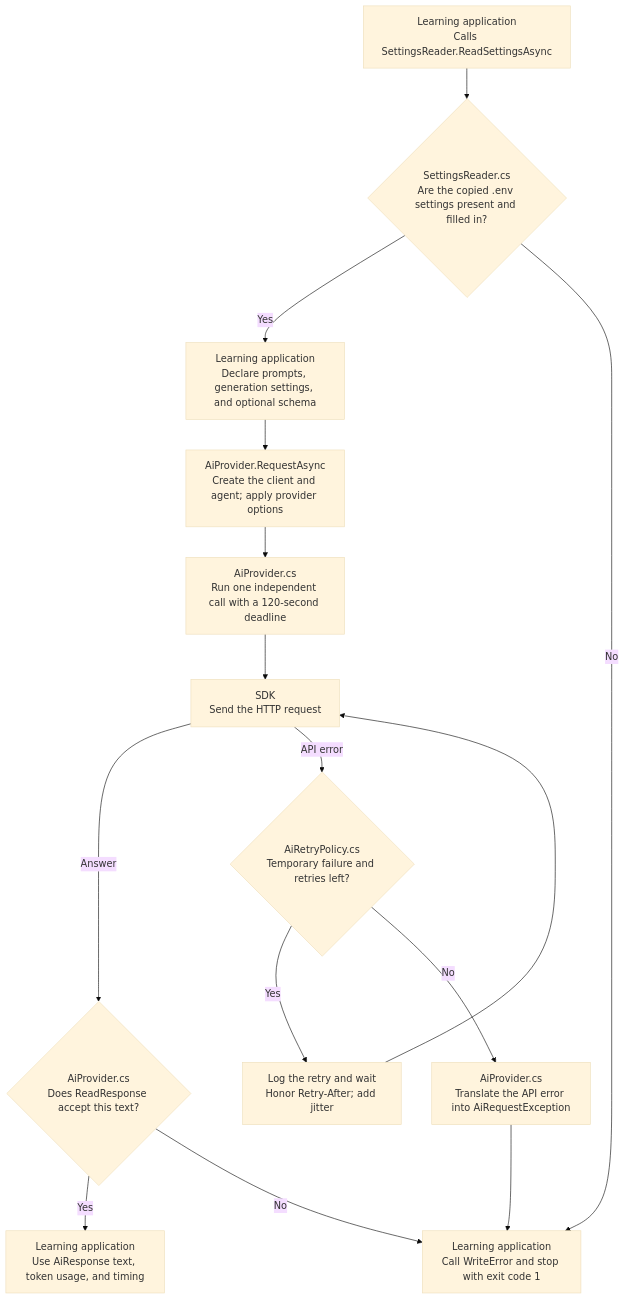
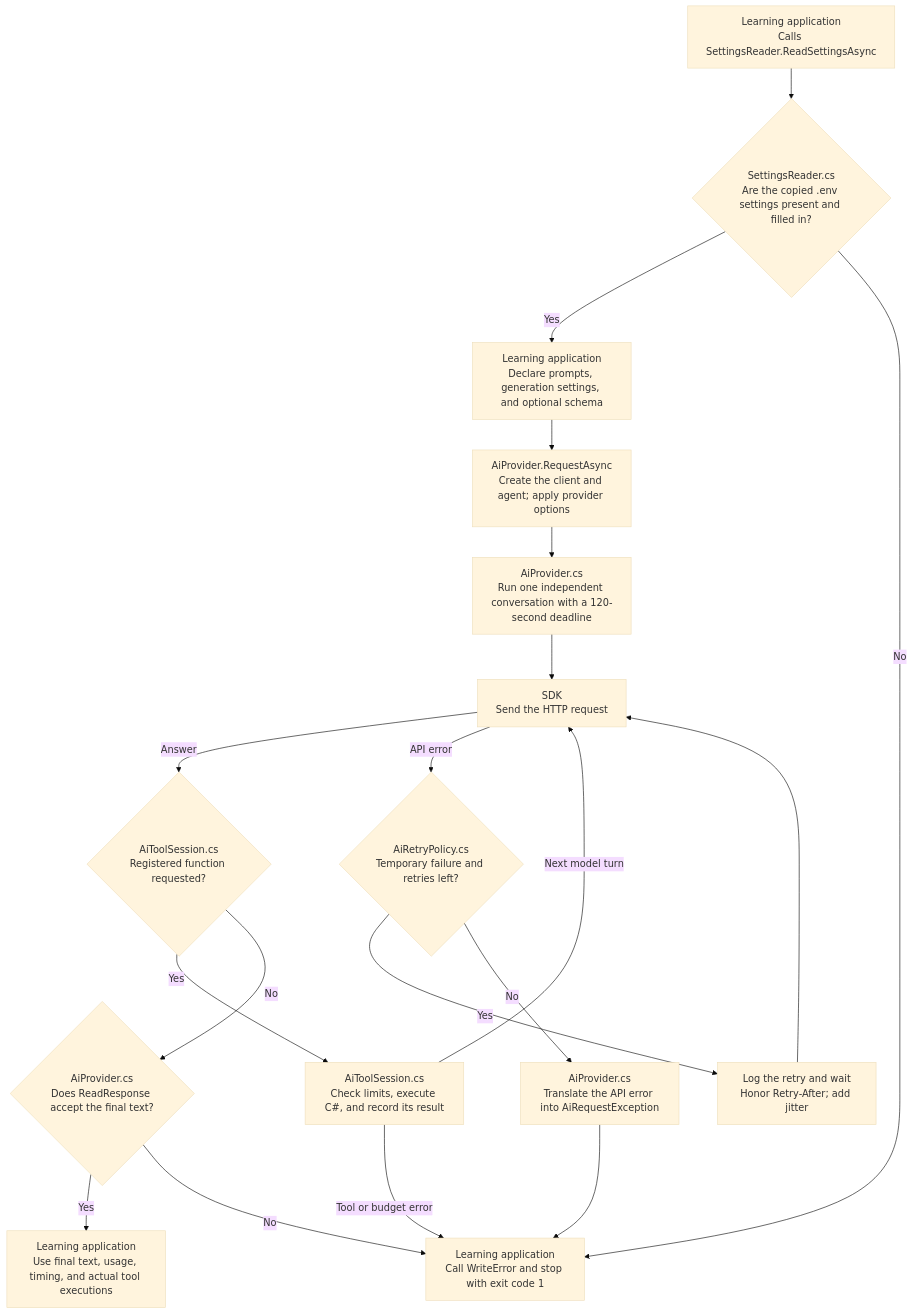
Before and after one commit to KhosroPakmanesh/ai-engineering-training: the diagram in shared/shared/README.md, drawn with Mermaid (base theme). The commit also changed other lines of this file and 30 other files, not shown here.

````diff
--- a/shared/shared/README.md
+++ b/shared/shared/README.md
@@ -23,17 +25,21 @@
 ```mermaid
 flowchart TD
     A["Learning application<br/>Calls SettingsReader.ReadSettingsAsync"] --> B{"SettingsReader.cs<br/>Are the copied .env settings present and filled in?"}
     B -->|Yes| C["Learning application<br/>Declare prompts, generation settings, and optional schema"]
     C --> P["AiProvider.RequestAsync<br/>Create the client and agent; apply provider options"]
-    P --> D["AiProvider.cs<br/>Run one independent call with a 120-second deadline"]
+    P --> D["AiProvider.cs<br/>Run one independent conversation with a 120-second deadline"]
     D --> R["SDK<br/>Send the HTTP request"]
-    R -->|Answer| E{"AiProvider.cs<br/>Does ReadResponse accept this text?"}
-    E -->|Yes| F["Learning application<br/>Use AiResponse text, token usage, and timing"]
+    R -->|Answer| T{"AiToolSession.cs<br/>Registered function requested?"}
+    T -->|Yes| U["AiToolSession.cs<br/>Check limits, execute C#, and record its result"]
+    U -->|Next model turn| R
+    U -->|Tool or budget error| H
+    T -->|No| E{"AiProvider.cs<br/>Does ReadResponse accept the final text?"}
+    E -->|Yes| F["Learning application<br/>Use final text, usage, timing, and actual tool executions"]
     R -->|API error| Q{"AiRetryPolicy.cs<br/>Temporary failure and retries left?"}
     Q -->|Yes| W["Log the retry and wait<br/>Honor Retry-After; add jitter"]
     W --> R
     Q -->|No| G["AiProvider.cs<br/>Translate the API error into AiRequestException"]
     G --> H["Learning application<br/>Call WriteError and stop with exit code 1"]
     B -->|No| H
     E -->|No| H
 ```
````
